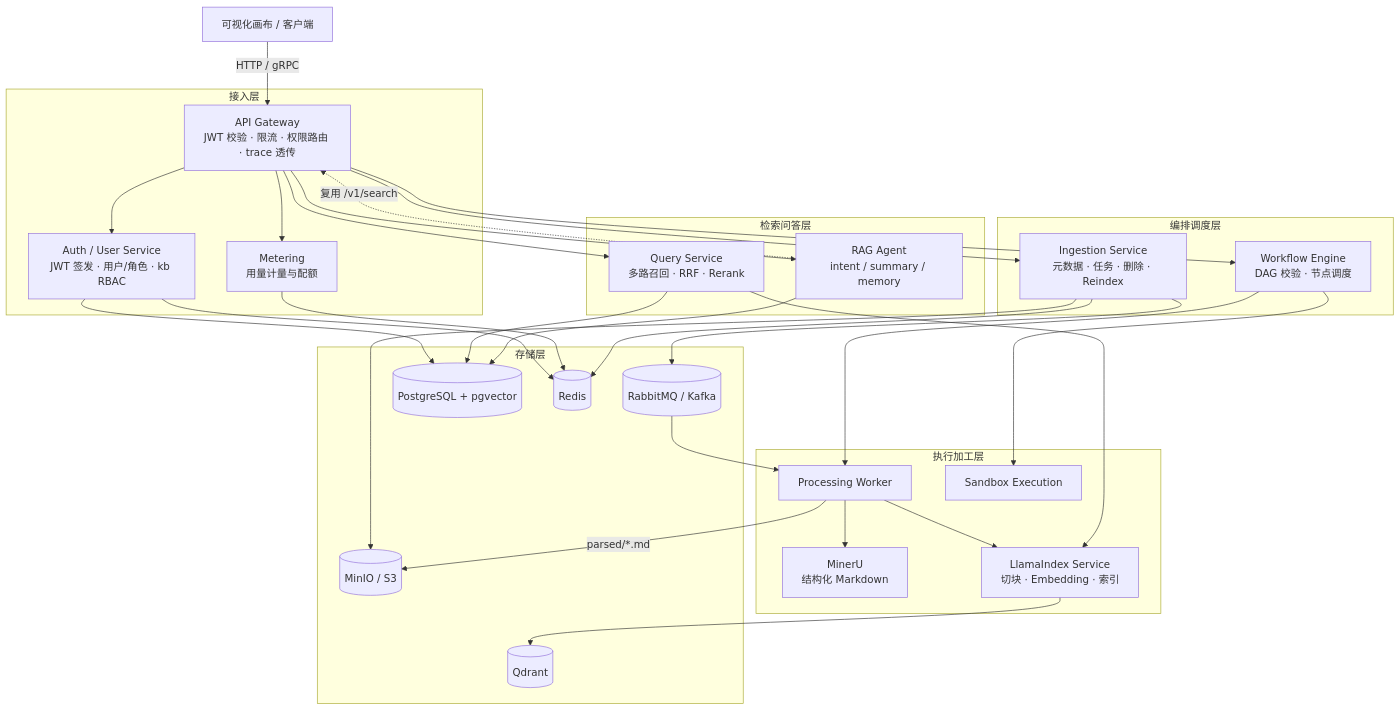
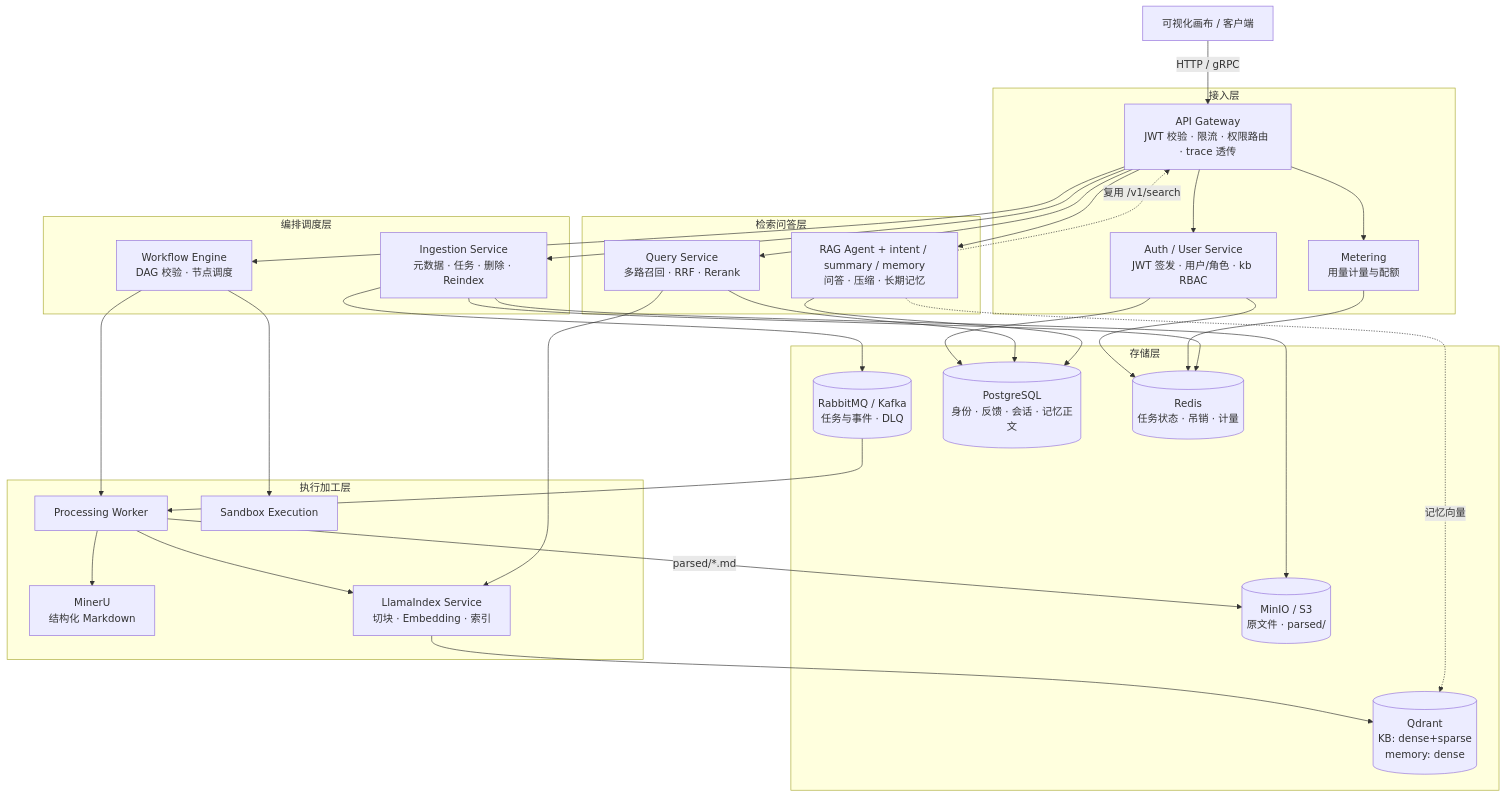
One commit to miaogan/NexusFlow changed the diagram in README.md. Above: the diagram before and after it, drawn with Mermaid. The commit also changed other lines of this file and 20 other files, not shown here.

First line of the commit message:
feat(qdrant): 统一文档与记忆向量存储，支持 dense+sparse 混合召回

````diff
--- a/README.md
+++ b/README.md
@@ -13,58 +13,59 @@
 ```mermaid
 flowchart TB
     subgraph A[接入层]
         GW[API Gateway<br/>JWT 校验 · 限流 · 权限路由 · trace 透传]
         AUTH[Auth / User Service<br/>JWT 签发 · 用户/角色 · kb RBAC]
         MET[Metering<br/>用量计量与配额]
     end
 
     subgraph B[编排调度层]
         WF[Workflow Engine<br/>DAG 校验 · 节点调度]
         ING[Ingestion Service<br/>元数据 · 任务 · 删除 · Reindex]
     end
 
     subgraph C[执行加工层]
         PRC[Processing Worker]
         MINERU[MinerU<br/>结构化 Markdown]
         LIDX[LlamaIndex Service<br/>切块 · Embedding · 索引]
         SBX[Sandbox Execution]
     end
 
     subgraph D[检索问答层]
         QS[Query Service<br/>多路召回 · RRF · Rerank]
-        RAG[RAG Agent<br/>intent / summary / memory]
+        RAG[RAG Agent + intent / summary / memory<br/>问答 · 压缩 · 长期记忆]
     end
 
     subgraph E[存储层]
-        MQ[(RabbitMQ / Kafka)]
-        OBJ[(MinIO / S3)]
-        VS[(Qdrant)]
-        PG[(PostgreSQL + pgvector)]
-        RD[(Redis)]
+        MQ[(RabbitMQ / Kafka<br/>任务与事件 · DLQ)]
+        OBJ[(MinIO / S3<br/>原文件 · parsed/)]
+        VS[(Qdrant<br/>KB: dense+sparse<br/>memory: dense)]
+        PG[(PostgreSQL<br/>身份 · 反馈 · 会话 · 记忆正文)]
+        RD[(Redis<br/>任务状态 · 吊销 · 计量)]
     end
 
     UI[可视化画布 / 客户端] -->|HTTP / gRPC| GW
     GW --> AUTH
     GW --> MET
     GW --> WF
     GW --> ING
     GW --> QS
     GW --> RAG
     AUTH --> RD
     AUTH --> PG
     MET --> RD
     WF --> PRC
     WF --> SBX
     ING --> MQ
     ING --> OBJ
     ING --> RD
     MQ --> PRC
     PRC --> MINERU
     PRC -->|parsed/*.md| OBJ
     PRC --> LIDX
     LIDX --> VS
     QS --> LIDX
     QS --> PG
     RAG -. 复用 /v1/search .-> GW
     RAG --> PG
+    RAG -. 记忆向量 .-> VS
 ```
````
